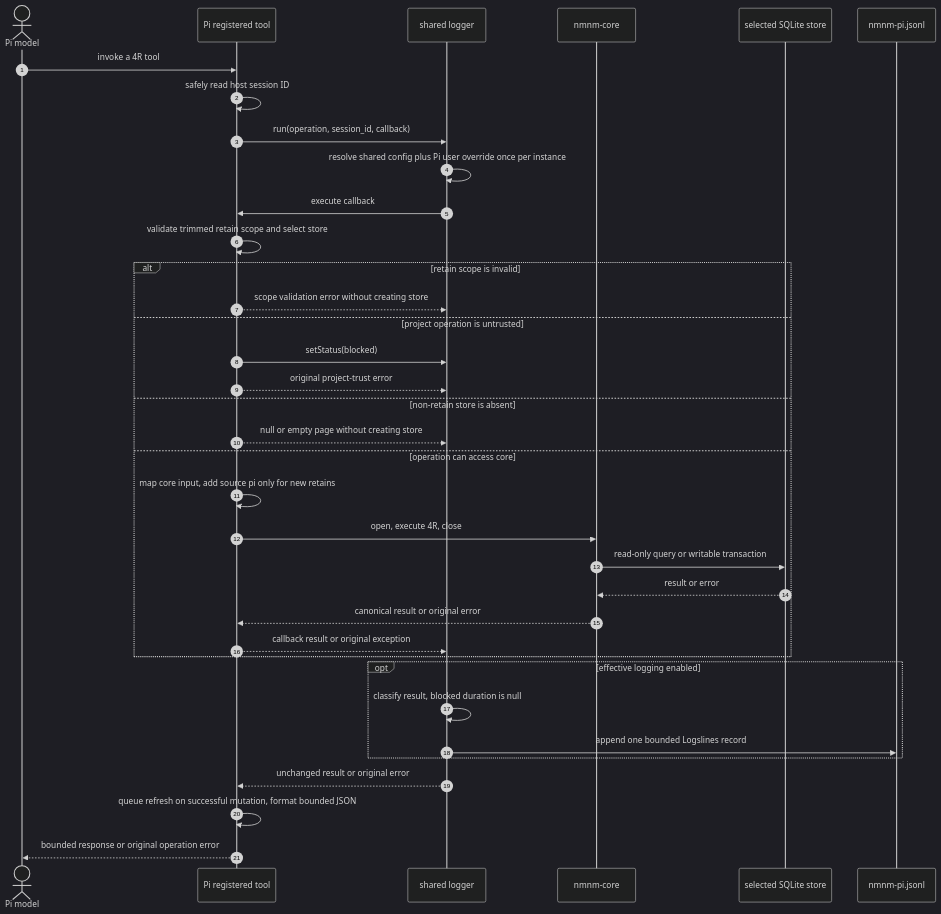
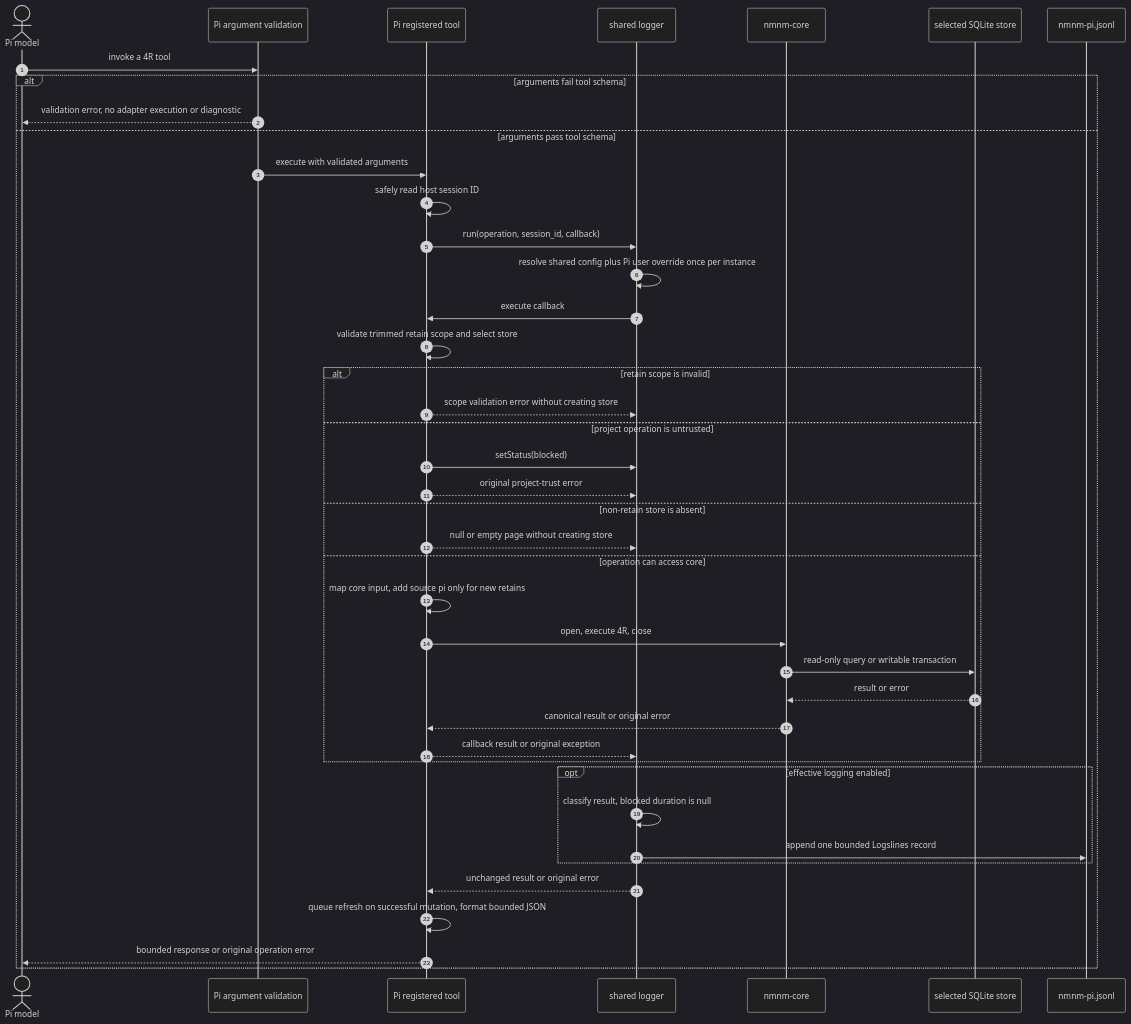
Before and after one commit to linellazatin/nanomneme: the fourth of 7 diagrams in docs/SEQUENCE_MEMORY_HANDLING.md, drawn with Mermaid (dark theme). The commit also changed other lines of this file and 3 other files, not shown here.

````diff
--- a/docs/SEQUENCE_MEMORY_HANDLING.md
+++ b/docs/SEQUENCE_MEMORY_HANDLING.md
@@ -183,39 +183,45 @@
 ```mermaid
 sequenceDiagram
   autonumber
   actor Model as Pi model
+  participant Host as Pi argument validation
   participant Tool as Pi registered tool
   participant Logger as shared logger
   participant Core as nmnm-core
   participant DB as selected SQLite store
   participant Log as nmnm-pi.jsonl
 
-  Model->>Tool: invoke a 4R tool
+  Model->>Host: invoke a 4R tool
+  alt arguments fail tool schema
+    Host-->>Model: validation error, no adapter execution or diagnostic
+  else arguments pass tool schema
+    Host->>Tool: execute with validated arguments
   Tool->>Tool: safely read host session ID
   Tool->>Logger: run(operation, session_id, callback)
   Logger->>Logger: resolve shared config plus Pi user override once per instance
   Logger->>Tool: execute callback
   Tool->>Tool: validate trimmed retain scope and select store
   alt retain scope is invalid
     Tool-->>Logger: scope validation error without creating store
   else project operation is untrusted
     Tool->>Logger: setStatus(blocked)
     Tool-->>Logger: original project-trust error
   else non-retain store is absent
     Tool-->>Logger: null or empty page without creating store
   else operation can access core
     Tool->>Tool: map core input, add source pi only for new retains
     Tool->>Core: open, execute 4R, close
     Core->>DB: read-only query or writable transaction
     DB-->>Core: result or error
     Core-->>Tool: canonical result or original error
     Tool-->>Logger: callback result or original exception
   end
   opt effective logging enabled
     Logger->>Logger: classify result, blocked duration is null
     Logger->>Log: append one bounded Logslines record
   end
   Logger-->>Tool: unchanged result or original error
   Tool->>Tool: queue refresh on successful mutation, format bounded JSON
   Tool-->>Model: bounded response or original operation error
+  end
 ```
````
